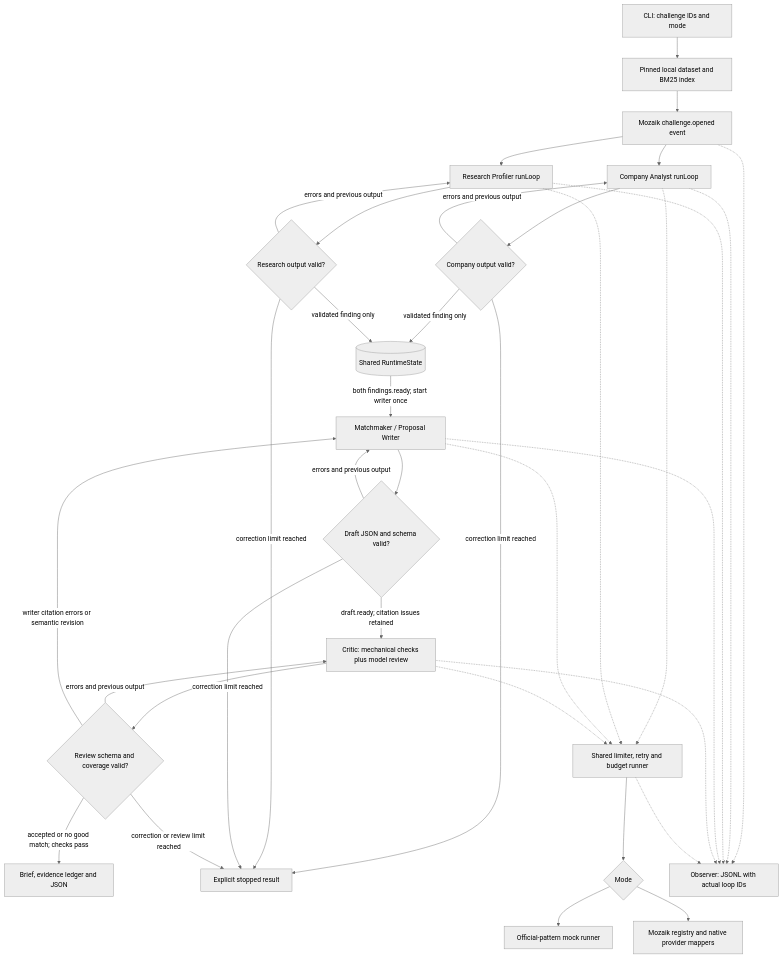
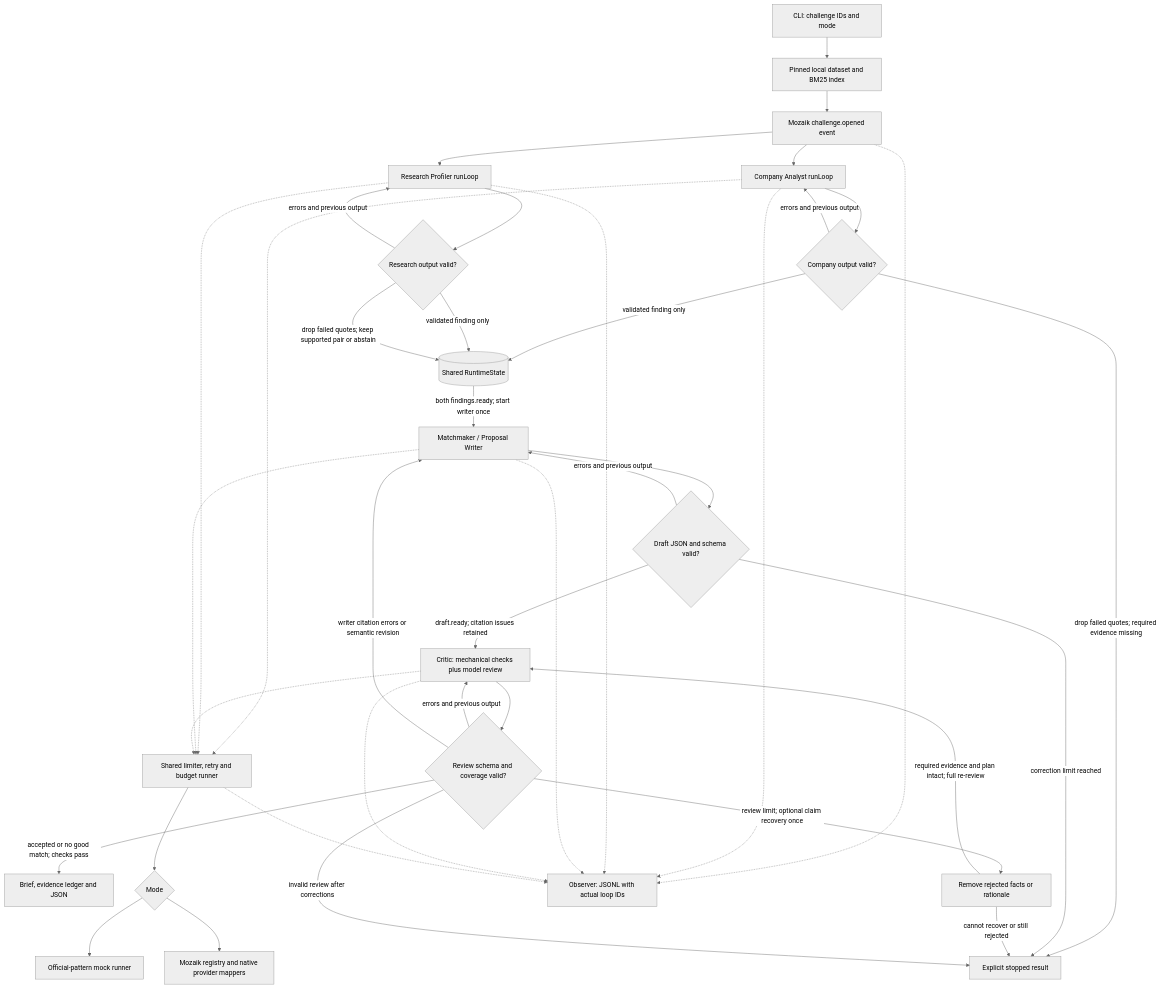
One commit to Driedsandwich/evidence-to-pilot changed the diagram in docs/architecture.mmd. Above: the diagram before and after it, drawn with Mermaid (neutral theme). The commit also changed 34 other files, not shown here.

```diff
--- a/docs/architecture.mmd
+++ b/docs/architecture.mmd
@@ -1,36 +1,39 @@
 flowchart TD
     CLI[CLI: challenge IDs and mode] --> DATA[Pinned local dataset and BM25 index]
     DATA --> OPEN[Mozaik challenge.opened event]
     OPEN --> A[Company Analyst runLoop]
     OPEN --> B[Research Profiler runLoop]
     A --> AV{Company output valid?}
     AV -->|errors and previous output| A
     B --> BV{Research output valid?}
     BV -->|errors and previous output| B
     AV -->|validated finding only| STATE[(Shared RuntimeState)]
     BV -->|validated finding only| STATE
     STATE -->|both findings.ready; start writer once| W[Matchmaker / Proposal Writer]
     W --> WV{Draft JSON and schema valid?}
     WV -->|errors and previous output| W
     WV -->|draft.ready; citation issues retained| C[Critic: mechanical checks plus model review]
     C --> CV{Review schema and coverage valid?}
     CV -->|errors and previous output| C
     CV -->|writer citation errors or semantic revision| W
     CV -->|accepted or no good match; checks pass| OUT[Brief, evidence ledger and JSON]
-    AV -->|correction limit reached| STOP[Explicit stopped result]
-    BV -->|correction limit reached| STOP
+    AV -->|drop failed quotes; required evidence missing| STOP[Explicit stopped result]
+    BV -->|drop failed quotes; keep supported pair or abstain| STATE
     WV -->|correction limit reached| STOP
-    CV -->|correction or review limit reached| STOP
+    CV -->|review limit; optional claim recovery once| DROP[Remove rejected facts or rationale]
+    DROP -->|required evidence and plan intact; full re-review| C
+    DROP -->|cannot recover or still rejected| STOP
+    CV -->|invalid review after corrections| STOP
     A -.-> R[Shared limiter, retry and budget runner]
     B -.-> R
     W -.-> R
     C -.-> R
     R --> MODE{Mode}
     MODE --> MOCK[Official-pattern mock runner]
     MODE --> LIVE[Mozaik registry and native provider mappers]
     OPEN -.-> TRACE[Observer: JSONL with actual loop IDs]
     A -.-> TRACE
     B -.-> TRACE
     W -.-> TRACE
     C -.-> TRACE
     R -.-> TRACE
```
